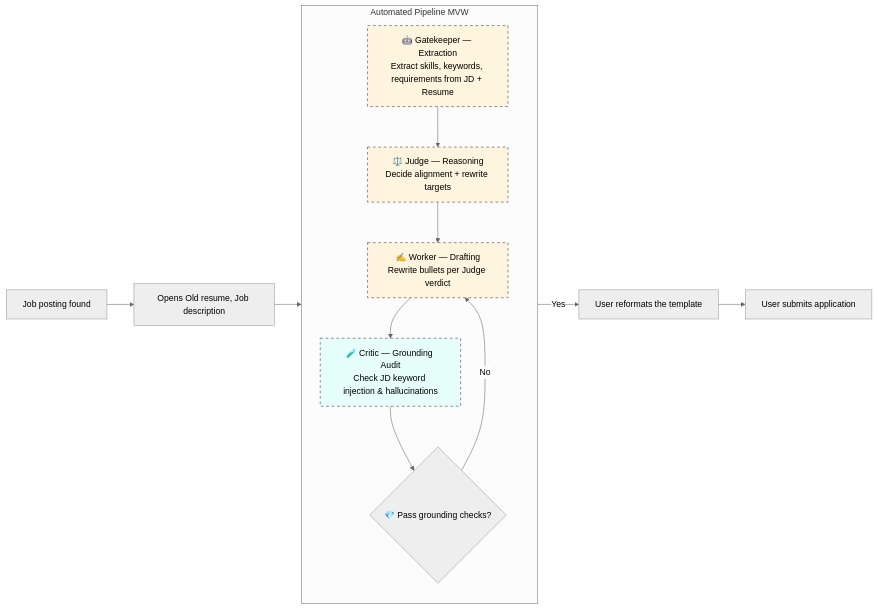
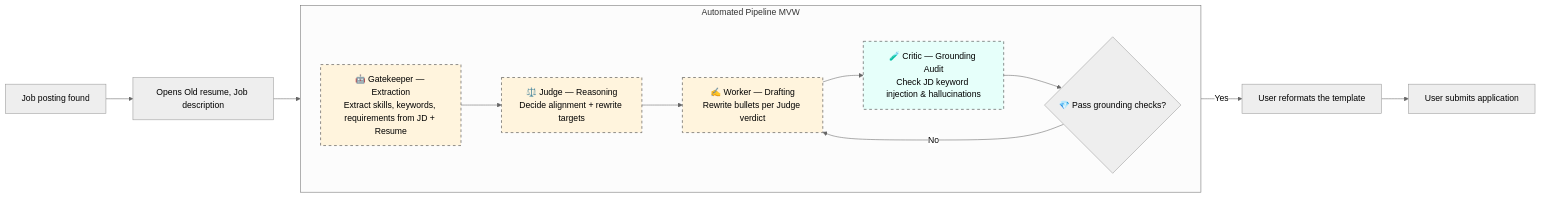
Before and after one commit to sanjogkadayat-web/AIBPA: the third of 3 diagrams in Milestone 3.md, drawn with Mermaid (neutral theme). The commit also changed other lines of this file, not shown here.

````diff
--- a/Milestone 3.md
+++ b/Milestone 3.md
@@ -1379,27 +1380,27 @@
 ```mermaid
 graph LR
 
   subgraph MVW["Automated Pipeline MVW"]
-    direction TD
+    direction LR
     G1["🤖 Gatekeeper — Extraction<br>Extract skills, keywords, requirements from JD + Resume"]
     G2["⚖️ Judge — Reasoning<br>Decide alignment + rewrite targets"]
     G3["✍️ Worker — Drafting<br>Rewrite bullets per Judge verdict"]
     C1["🧪 Critic — Grounding Audit<br>Check JD keyword injection &amp; hallucinations"]
     D{"💎 Pass grounding checks?"}
   end
 
   A["Job posting found"] --> B["Opens Old resume, Job description"]
   B --> G1
   G1 --> G2
   G2 --> G3
   G3 --> C1
   C1 --> D
   D -- No --> G3
   D -- Yes --> E["User reformats the template"]
   E --> F["User submits application"]
 
   style G1 fill:#FFF4DD,stroke:#333,stroke-width:1px,stroke-dasharray:5 5
   style G2 fill:#FFF4DD,stroke:#333,stroke-width:1px,stroke-dasharray:5 5
   style G3 fill:#FFF4DD,stroke:#333,stroke-width:1px,stroke-dasharray:5 5
   style C1 fill:#E6FFFA,stroke:#333,stroke-width:1px,stroke-dasharray:5 5
 ```
````
